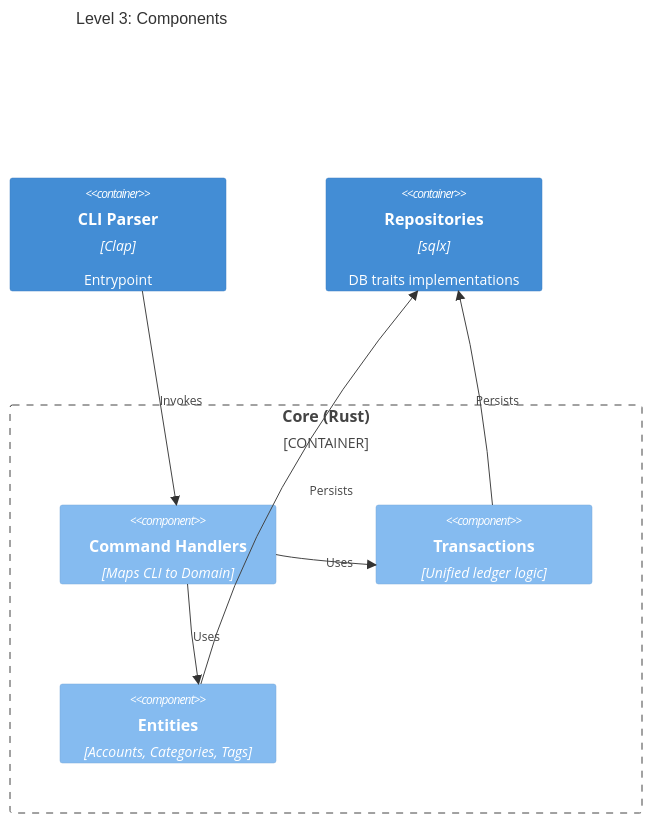
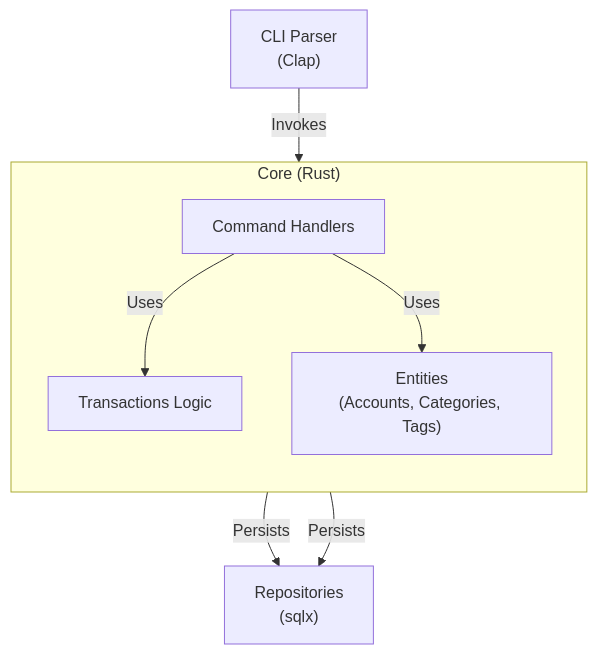
The third of 5 diagrams in architecture.md (mickaelyoshua/moneta-cli), drawn with Mermaid before and after one commit. The commit also changed other lines of this file, not shown here.

First line of the commit message:
docs: convert c4 models to standard mermaid flowcharts

````diff
--- a/architecture.md
+++ b/architecture.md
@@ -40,20 +40,19 @@
 ```mermaid
-C4Component
-  title Level 3: Components
+flowchart TD
+  CLI["CLI Parser\n(Clap)"]
 
-  Container(cli, "CLI Parser", "Clap", "Entrypoint")
-  
-  Container_Boundary(core, "Core (Rust)") {
-    Component(cmd, "Command Handlers", "Maps CLI to Domain")
-    Component(tx, "Transactions", "Unified ledger logic")
-    Component(entities, "Entities", "Accounts, Categories, Tags")
-  }
-  
-  Container(db_layer, "Repositories", "sqlx", "DB traits implementations")
+  subgraph Core["Core (Rust)"]
+    direction TB
+    Cmd["Command Handlers"]
+    Tx["Transactions Logic"]
+    Entities["Entities\n(Accounts, Categories, Tags)"]
+  end
 
-  Rel(cli, cmd, "Invokes")
-  Rel(cmd, tx, "Uses")
-  Rel(cmd, entities, "Uses")
-  Rel(tx, db_layer, "Persists")
-  Rel(entities, db_layer, "Persists")
+  DBLayer["Repositories\n(sqlx)"]
+
+  CLI -- "Invokes" --> Cmd
+  Cmd -- "Uses" --> Tx
+  Cmd -- "Uses" --> Entities
+  Tx -- "Persists" --> DBLayer
+  Entities -- "Persists" --> DBLayer
 ```
````
